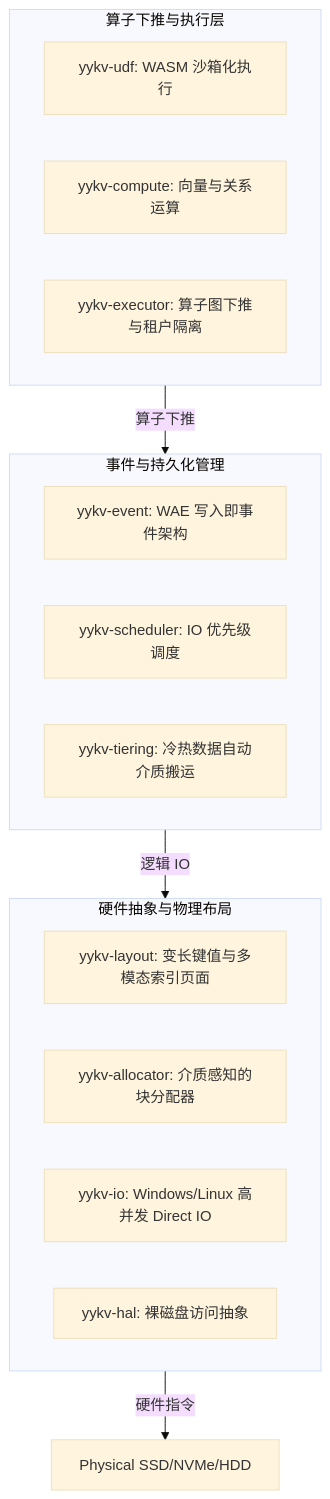
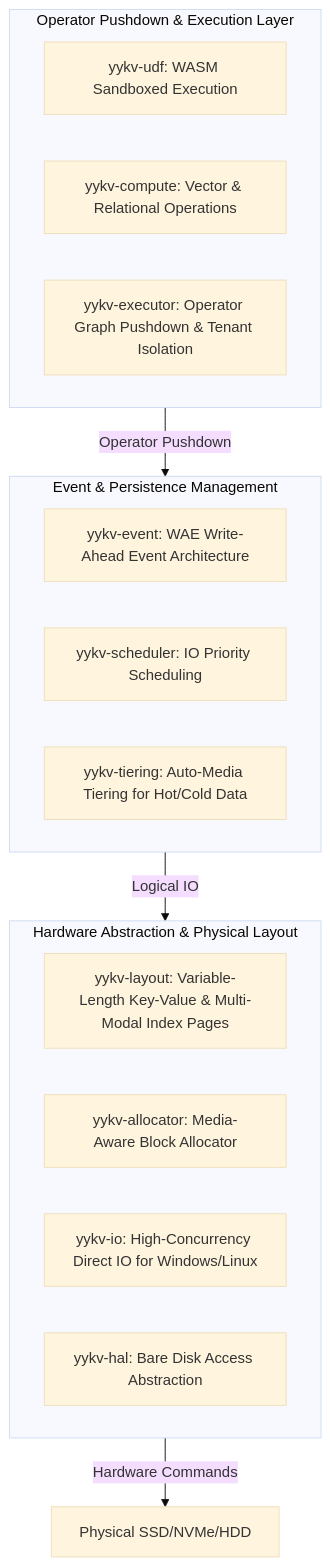
The diagram in readme.md (yy-database/MySQL), drawn with Mermaid (base theme) before and after one commit. The commit also changed other lines of this file and 12 other files, not shown here.

````diff
--- a/readme.md
+++ b/readme.md
@@ -9,25 +9,25 @@
 ```mermaid
 graph TD
-    subgraph Compute_Layer [算子下推与执行层]
-        UDF[yykv-udf: WASM 沙箱化执行]
-        Compute[yykv-compute: 向量与关系运算]
-        Executor[yykv-executor: 算子图下推与租户隔离]
+    subgraph Compute_Layer [Operator Pushdown & Execution Layer]
+        UDF[yykv-udf: WASM Sandboxed Execution]
+        Compute[yykv-compute: Vector & Relational Operations]
+        Executor[yykv-executor: Operator Graph Pushdown & Tenant Isolation]
     end
 
-    subgraph Event_Storage [事件与持久化管理]
-        WAE[yykv-event: WAE 写入即事件架构]
-        Scheduler[yykv-scheduler: IO 优先级调度]
-        Tiering[yykv-tiering: 冷热数据自动介质搬运]
+    subgraph Event_Storage [Event & Persistence Management]
+        WAE[yykv-event: WAE Write-Ahead Event Architecture]
+        Scheduler[yykv-scheduler: IO Priority Scheduling]
+        Tiering[yykv-tiering: Auto-Media Tiering for Hot/Cold Data]
     end
 
-    subgraph Physical_Layout [硬件抽象与物理布局]
-        Layout[yykv-layout: 变长键值与多模态索引页面]
-        Alloc[yykv-allocator: 介质感知的块分配器]
-        IO[yykv-io: Windows/Linux 高并发 Direct IO]
-        HAL[yykv-hal: 裸磁盘访问抽象]
+    subgraph Physical_Layout [Hardware Abstraction & Physical Layout]
+        Layout[yykv-layout: Variable-Length Key-Value & Multi-Modal Index Pages]
+        Alloc[yykv-allocator: Media-Aware Block Allocator]
+        IO[yykv-io: High-Concurrency Direct IO for Windows/Linux]
+        HAL[yykv-hal: Bare Disk Access Abstraction]
     end
 
-    Compute_Layer -->|算子下推| Event_Storage
-    Event_Storage -->|逻辑 IO| Physical_Layout
-    Physical_Layout -->|硬件指令| Disk[Physical SSD/NVMe/HDD]
+    Compute_Layer -->|Operator Pushdown| Event_Storage
+    Event_Storage -->|Logical IO| Physical_Layout
+    Physical_Layout -->|Hardware Commands| Disk[Physical SSD/NVMe/HDD]
 ```
````
